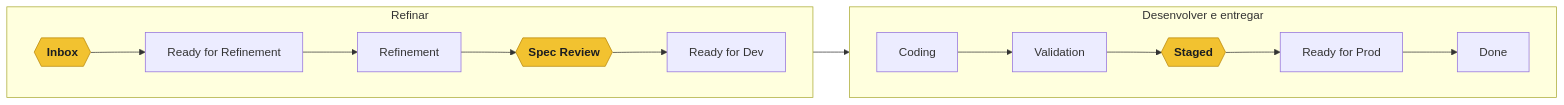
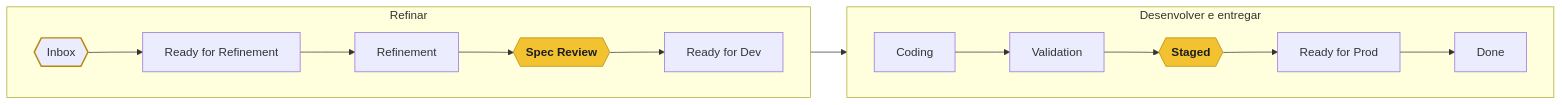
The first of 2 diagrams in README.md (kennedykjj/shipfloor), drawn with Mermaid before and after one commit. The commit also changed other lines of this file and 4 other files, not shown here.

Commit message:
docs(readme): quarta revisão, captura de configurações útil e roadmap sem rascunho

````diff
--- a/README.md
+++ b/README.md
@@ -42,14 +42,16 @@
 ```mermaid
 flowchart LR
     subgraph R["Refinar"]
         direction LR
         A{{Inbox}} --> B[Ready for Refinement] --> C[Refinement] --> D{{Spec Review}} --> E[Ready for Dev]
     end
     subgraph S["Desenvolver e entregar"]
         direction LR
         F[Coding] --> G[Validation] --> H{{Staged}} --> I[Ready for Prod] --> J[Done]
     end
     E --> F
     classDef owner fill:#f2c230,stroke:#b8860b,color:#1b1d21,font-weight:bold;
-    class A,D,H owner;
+    classDef triage stroke:#b8860b,stroke-width:2px;
+    class D,H owner;
+    class A triage;
 ```
````
